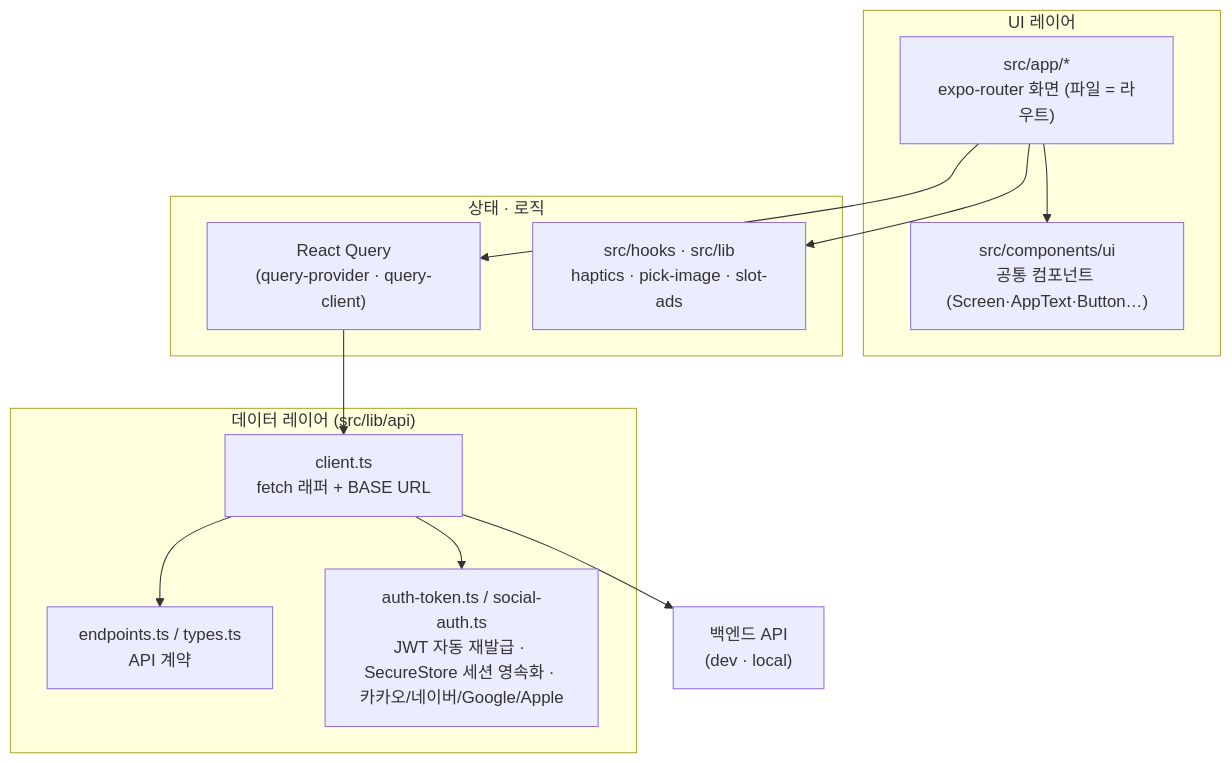
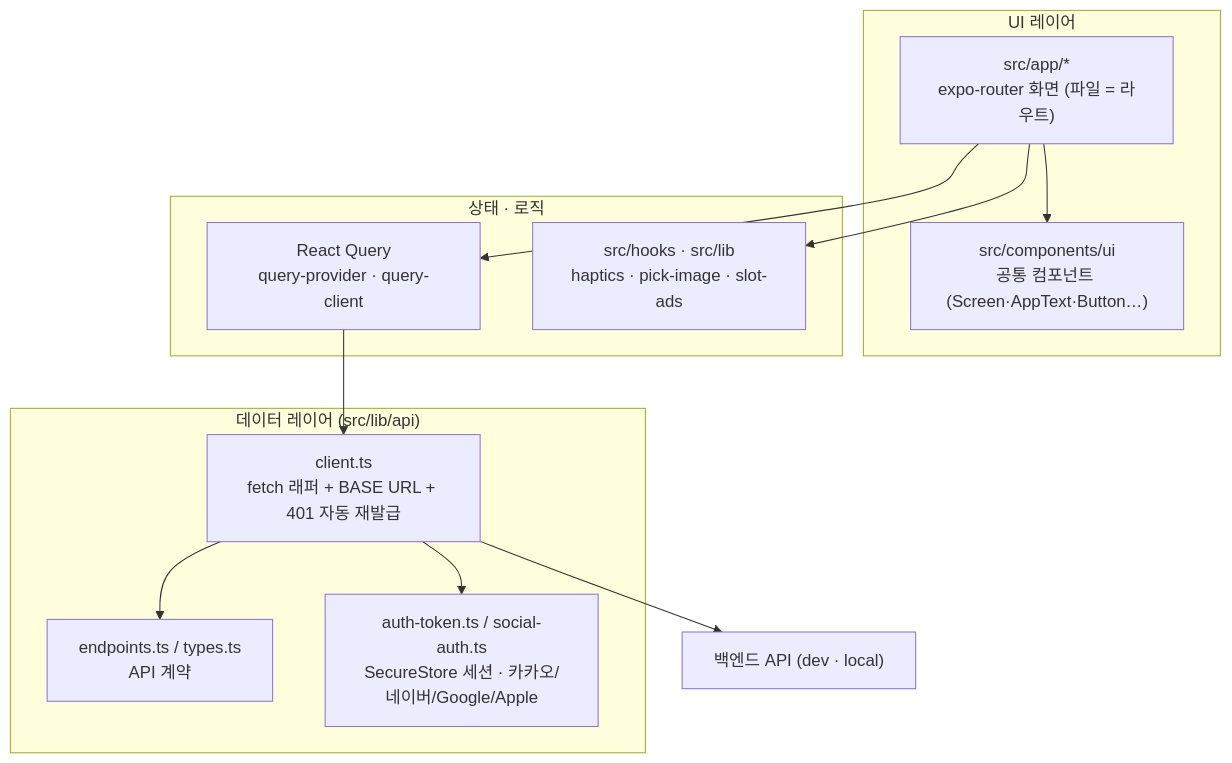
Before and after one commit to swyp-app-6-team-2/frontend: the second of 2 diagrams in README.md, drawn with Mermaid. The commit also changed other lines of this file and 9 other files, not shown here.

````diff
--- a/README.md
+++ b/README.md
@@ -98,25 +117,25 @@
 ```mermaid
 graph TD
-  subgraph "UI 레이어"
+  subgraph UI["UI 레이어"]
     R["src/app/*<br/>expo-router 화면 (파일 = 라우트)"]
     C["src/components/ui<br/>공통 컴포넌트 (Screen·AppText·Button…)"]
   end
-  subgraph "상태 · 로직"
-    Q["React Query<br/>(query-provider · query-client)"]
+  subgraph STATE["상태 · 로직"]
+    Q["React Query<br/>query-provider · query-client"]
     H["src/hooks · src/lib<br/>haptics · pick-image · slot-ads"]
   end
-  subgraph "데이터 레이어 (src/lib/api)"
-    CL["client.ts<br/>fetch 래퍼 + BASE URL"]
+  subgraph DATA["데이터 레이어 (src/lib/api)"]
+    CL["client.ts<br/>fetch 래퍼 + BASE URL + 401 자동 재발급"]
     EP["endpoints.ts / types.ts<br/>API 계약"]
-    AT["auth-token.ts / social-auth.ts<br/>JWT 자동 재발급 · SecureStore 세션 영속화 · 카카오/네이버/Google/Apple"]
+    AT["auth-token.ts / social-auth.ts<br/>SecureStore 세션 · 카카오/네이버/Google/Apple"]
   end
-  BE["백엔드 API<br/>(dev · local)"]
+  BE["백엔드 API (dev · local)"]
 
   R --> C
   R --> Q
   R --> H
   Q --> CL
   CL --> EP
   CL --> AT
   CL --> BE
 ```
````
